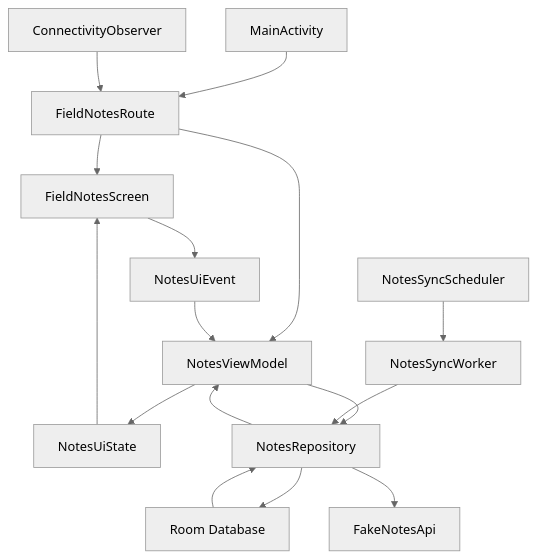
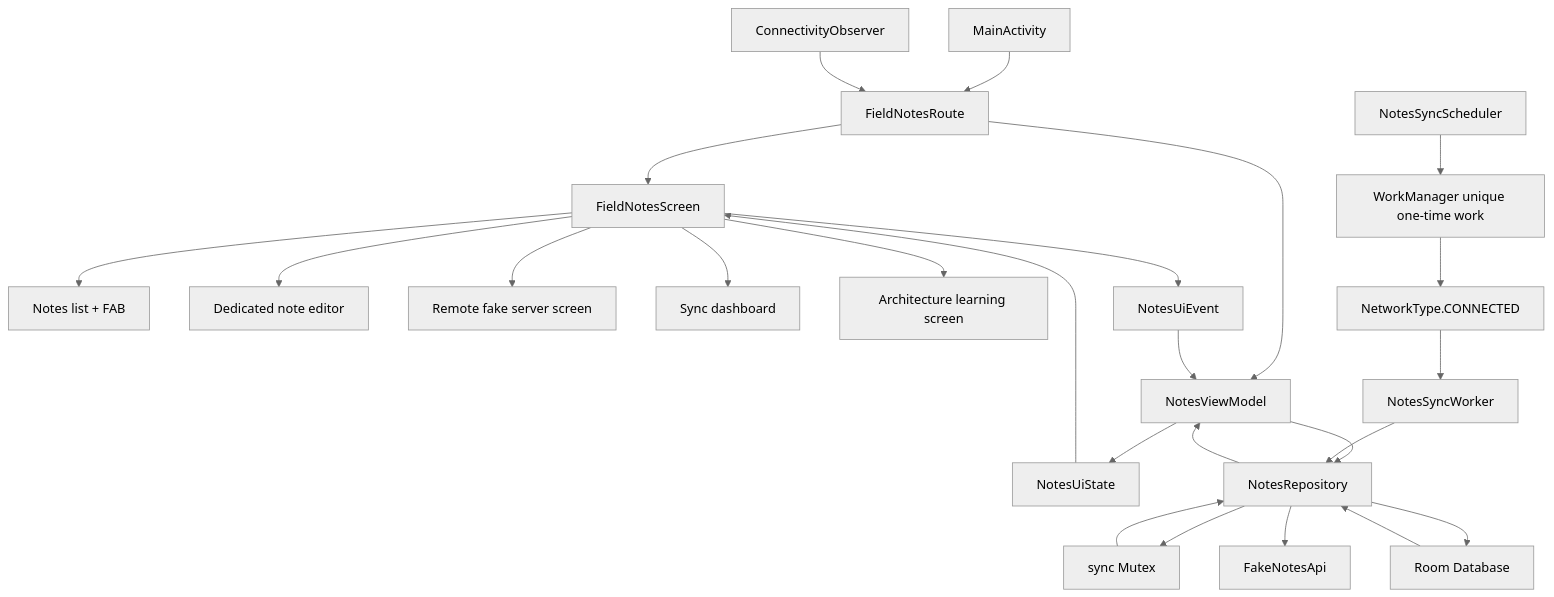
The first of 2 diagrams in docs/learning/m15-final-polish-and-architecture-review.md (venkata-ram/FieldNotes-OfflineFirstSystemDesign), drawn with Mermaid (neutral theme) before and after one commit. The commit also changed other lines of this file and 17 other files, not shown here.

````diff
--- a/docs/learning/m15-final-polish-and-architecture-review.md
+++ b/docs/learning/m15-final-polish-and-architecture-review.md
@@ -18,18 +19,27 @@
 ```mermaid
 flowchart TD
     Activity["MainActivity"] --> Route["FieldNotesRoute"]
     Route --> Screen["FieldNotesScreen"]
+    Screen --> Notes["Notes list + FAB"]
+    Screen --> Editor["Dedicated note editor"]
+    Screen --> Remote["Remote fake server screen"]
+    Screen --> Sync["Sync dashboard"]
+    Screen --> Learn["Architecture learning screen"]
     Route --> VM["NotesViewModel"]
     VM --> State["NotesUiState"]
     Screen --> Events["NotesUiEvent"]
     Events --> VM
     VM --> Repo["NotesRepository"]
+    Repo --> Lock["sync Mutex"]
     Repo --> Room["Room Database"]
     Repo --> API["FakeNotesApi"]
-    Worker["NotesSyncWorker"] --> Repo
-    Scheduler["NotesSyncScheduler"] --> Worker
+    Scheduler["NotesSyncScheduler"] --> WM["WorkManager unique one-time work"]
+    WM --> Constraint["NetworkType.CONNECTED"]
+    Constraint --> Worker["NotesSyncWorker"]
+    Worker --> Repo
     Connectivity["ConnectivityObserver"] --> Route
+    Lock --> Repo
     Room --> Repo
     Repo --> VM
     State --> Screen
 ```
````
